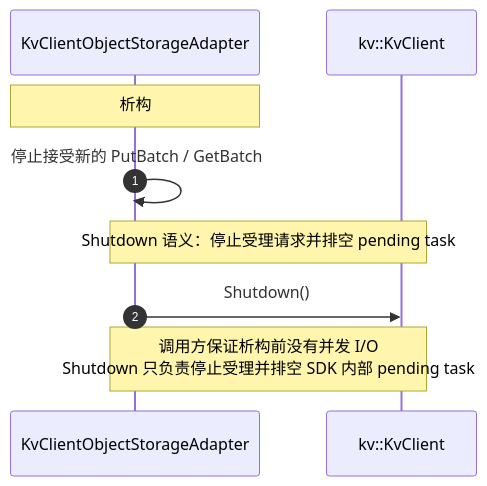
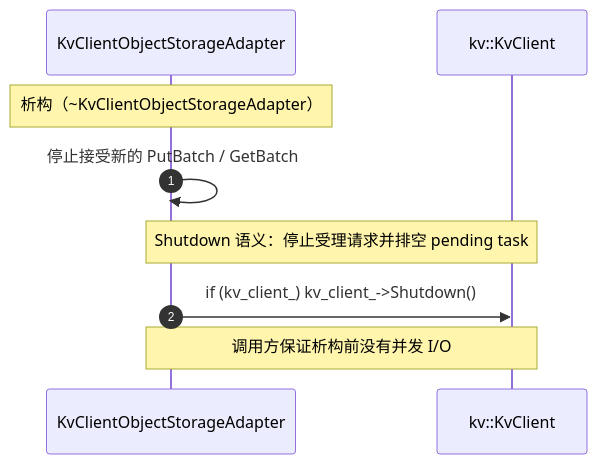
Diagram 13 of 13 in Mooncake + KVClient L3 接入（Kvcs）- v3.md (zwj20000328-dotcom/Mooncake-documents), drawn with Mermaid before and after one commit. The commit also changed other lines of this file, not shown here.

````diff
--- a/Mooncake + KVClient L3 接入（Kvcs）- v3.md
+++ b/Mooncake + KVClient L3 接入（Kvcs）- v3.md
@@ -774,12 +901,12 @@
 ```mermaid
 sequenceDiagram
     autonumber
     participant AD as KvClientObjectStorageAdapter
     participant SDK as kv::KvClient
 
-    Note over AD: 析构
+    Note over AD: 析构（~KvClientObjectStorageAdapter）
     AD->>AD: 停止接受新的 PutBatch / GetBatch
     Note over AD,SDK: Shutdown 语义：停止受理请求并排空 pending task
-    AD->>SDK: Shutdown()
-    Note over AD,SDK: 调用方保证析构前没有并发 I/O<br/>Shutdown 只负责停止受理并排空 SDK 内部 pending task
+    AD->>SDK: if (kv_client_) kv_client_->Shutdown()
+    Note over AD,SDK: 调用方保证析构前没有并发 I/O
 ```
````
